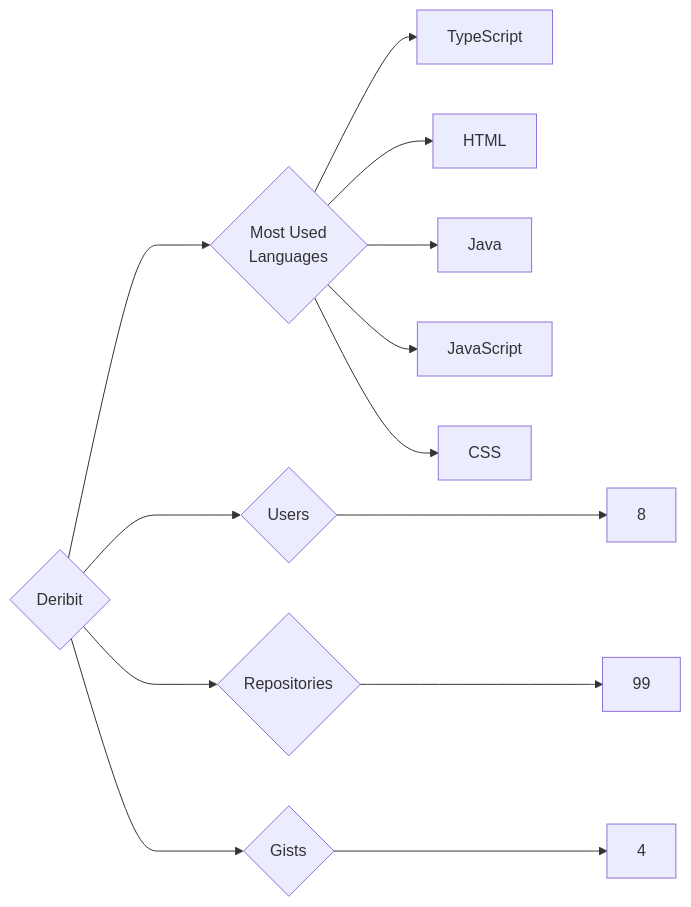
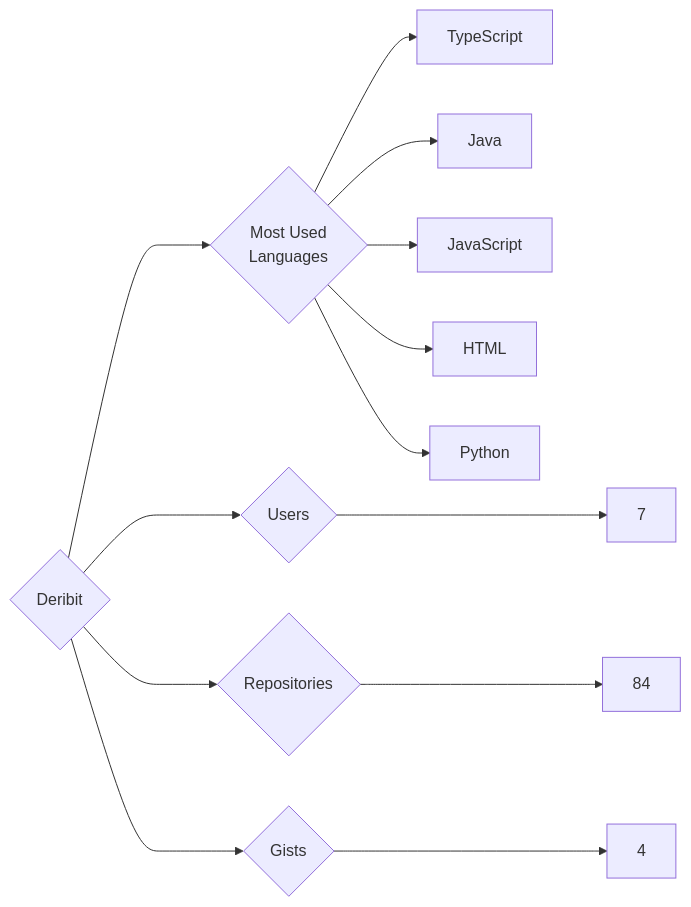
One commit to trickest/insiders changed the diagram in targets/Deribit/README.md. Above: the diagram before and after it, drawn with Mermaid. The commit also changed 938 other files, not shown here.

````diff
--- a/targets/Deribit/README.md
+++ b/targets/Deribit/README.md
@@ -3,13 +3,13 @@
 ```mermaid
 graph LR
 COMPANY_NAME{Deribit}
-COMPANY_NAME ---> U{Users} ---> UN[8]
-COMPANY_NAME ---> R{Repositories} ---> RN[99]
+COMPANY_NAME ---> U{Users} ---> UN[7]
+COMPANY_NAME ---> R{Repositories} ---> RN[84]
 COMPANY_NAME ---> G{Gists} ---> GN[4]
 COMPANY_NAME ---> ML{Most Used<br>Languages}
 ML --> TypeScript[TypeScript]
-ML --> HTML[HTML]
 ML --> Java[Java]
 ML --> JavaScript[JavaScript]
-ML --> CSS[CSS]
+ML --> HTML[HTML]
+ML --> Python[Python]
 ```
````
